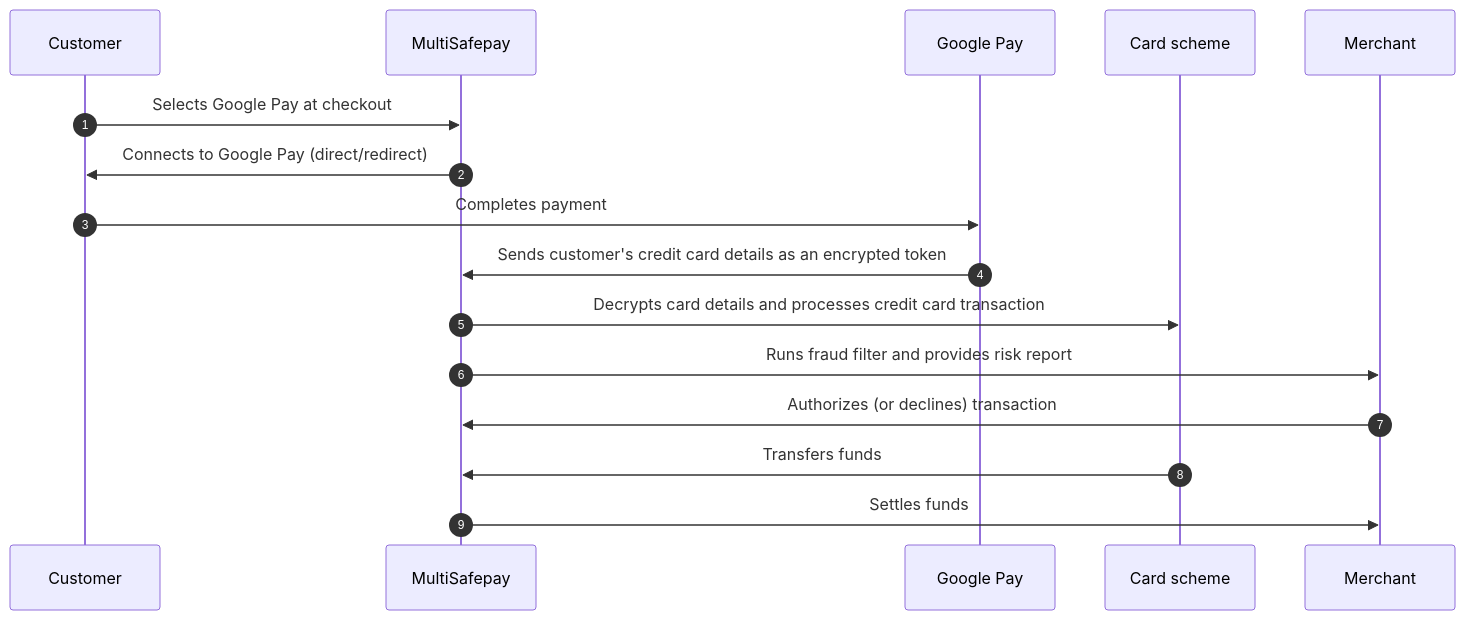
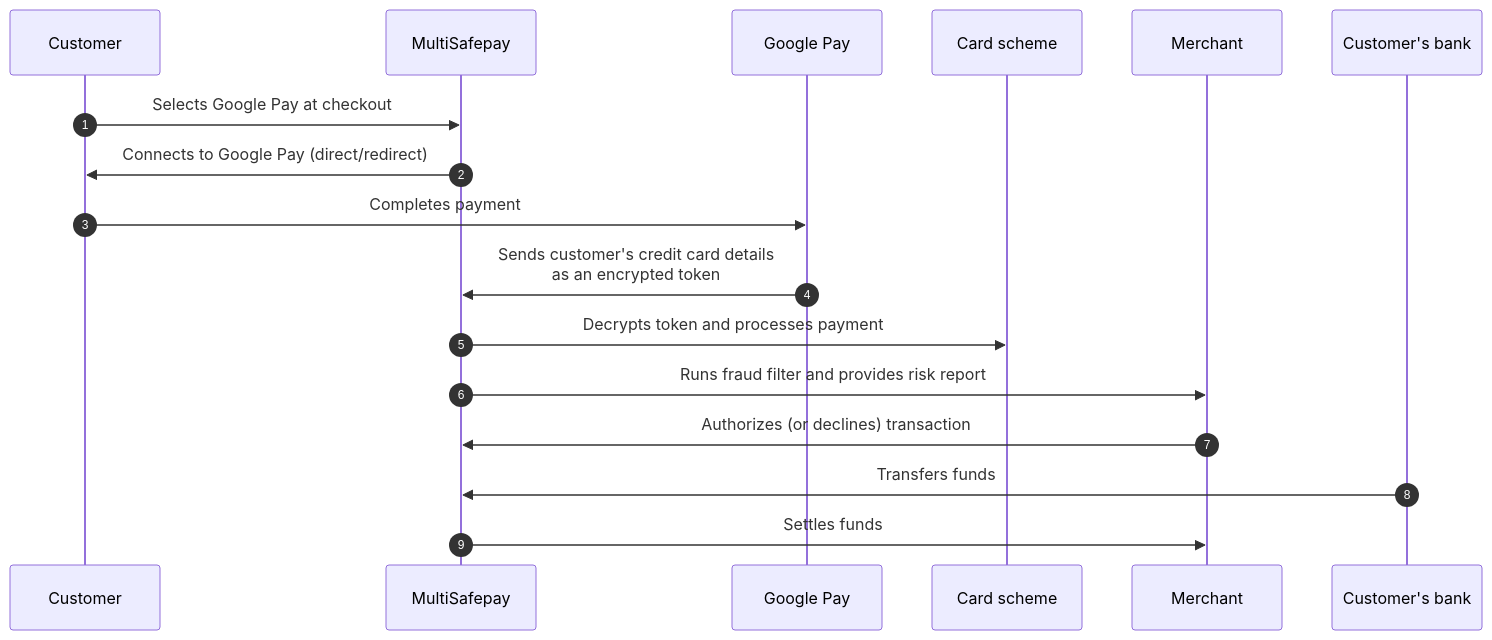
One commit to MultiSafepay/docs changed the diagram in content/payments/methods/wallet/googlepay/payment-flow.md. Above: the diagram before and after it, drawn with Mermaid. The commit also changed other lines of this file and 37 other files, not shown here.

```diff
--- a/content/payments/methods/wallet/googlepay/payment-flow.md
+++ b/content/payments/methods/wallet/googlepay/payment-flow.md
@@ -14,21 +14,22 @@
 {{< mermaid class="text-center" >}}
 
 sequenceDiagram
     autonumber
     participant C as Customer
     participant Mu as MultiSafepay
     participant G as Google Pay
     participant CS as Card scheme
     participant Me as Merchant
+    participant CB as Customer's bank
 
     C->>Mu: Selects Google Pay at checkout
     Mu->>C: Connects to Google Pay (direct/redirect)
     C->>G: Completes payment 
-    G->>Mu: Sends customer's credit card details as an encrypted token
-    Mu->>CS: Decrypts card details and processes credit card transaction
+    G->>Mu: Sends customer's credit card details <br> as an encrypted token
+    Mu->>CS: Decrypts token and processes payment
     Mu->>Me: Runs fraud filter and provides risk report
     Me->>Mu: Authorizes (or declines) transaction
-    CS->>Mu: Transfers funds 
+    CB->>Mu: Transfers funds 
     Mu->>Me: Settles funds
 
 {{< /mermaid >}}
```
